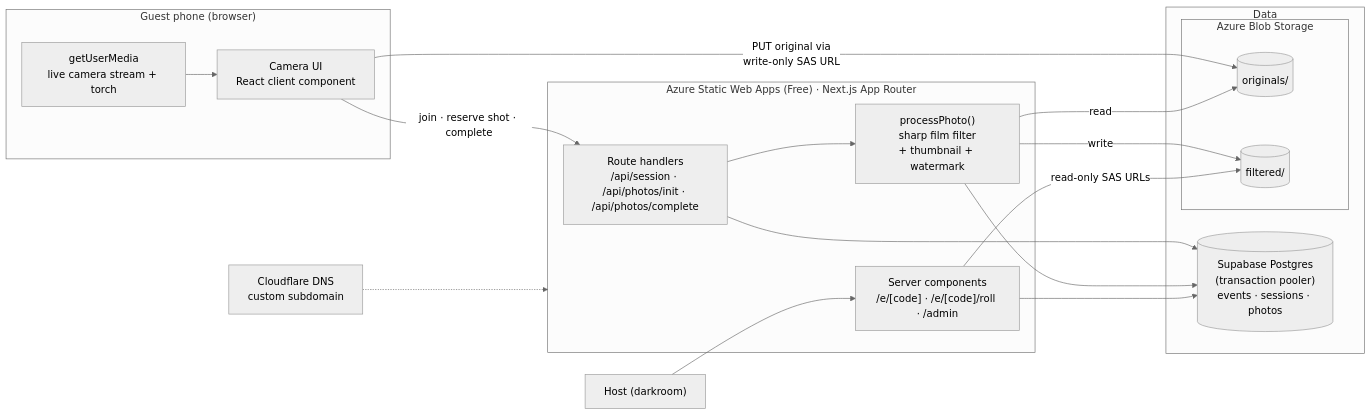
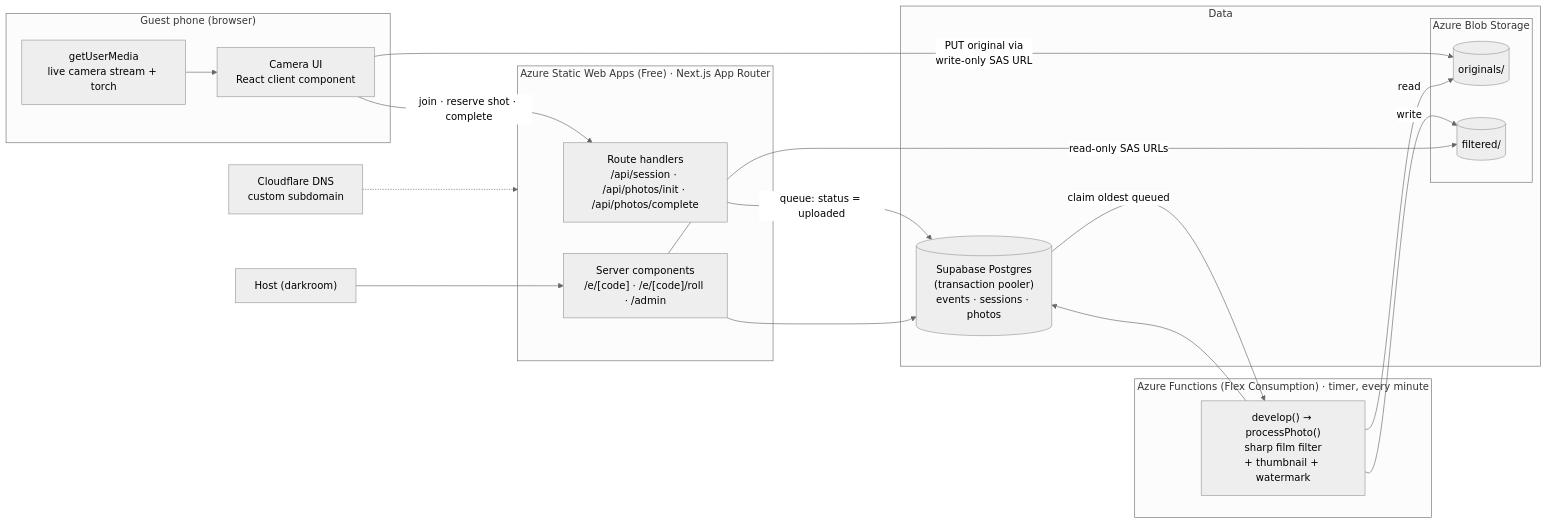
One commit to narayave/blindshot changed the first of 2 diagrams in README.md. Above: the diagram before and after it, drawn with Mermaid (neutral theme). The commit also changed other lines of this file and 3 other files, not shown here.

First line of the commit message:
README and user stories: worker architecture, load test, reset; longer test waits against a deployment

````diff
--- a/README.md
+++ b/README.md
@@ -40,37 +40,40 @@
 ```mermaid
 flowchart LR
   subgraph Phone["Guest phone (browser)"]
     UI["Camera UI<br/>React client component"]
     CAM["getUserMedia<br/>live camera stream + torch"]
   end
 
   subgraph Web["Azure Static Web Apps (Free) · Next.js App Router"]
     API["Route handlers<br/>/api/session · /api/photos/init · /api/photos/complete"]
     PAGES["Server components<br/>/e/[code] · /e/[code]/roll · /admin"]
-    PROC["processPhoto()<br/>sharp film filter<br/>+ thumbnail + watermark"]
+  end
+
+  subgraph Worker["Azure Functions (Flex Consumption) · timer, every minute"]
+    PROC["develop() → processPhoto()<br/>sharp film filter<br/>+ thumbnail + watermark"]
   end
 
   subgraph Data["Data"]
     PG[("Supabase Postgres<br/>(transaction pooler)<br/>events · sessions · photos")]
     subgraph Azure["Azure Blob Storage"]
       ORIG[("originals/")]
       FILT[("filtered/")]
     end
   end
 
   HOST["Host (darkroom)"]
   DNS["Cloudflare DNS<br/>custom subdomain"]
 
   DNS -.-> Web
   CAM --> UI
   UI -- "join · reserve shot · complete" --> API
   UI -- "PUT original via<br/>write-only SAS URL" --> ORIG
-  API --> PG
-  API --> PROC
+  API -- "queue: status = uploaded" --> PG
+  PG -- "claim oldest queued" --> PROC
   PROC -- read --> ORIG
   PROC -- write --> FILT
   PROC --> PG
   PAGES --> PG
   PAGES -- "read-only SAS URLs" --> FILT
   HOST --> PAGES
 ```
````
